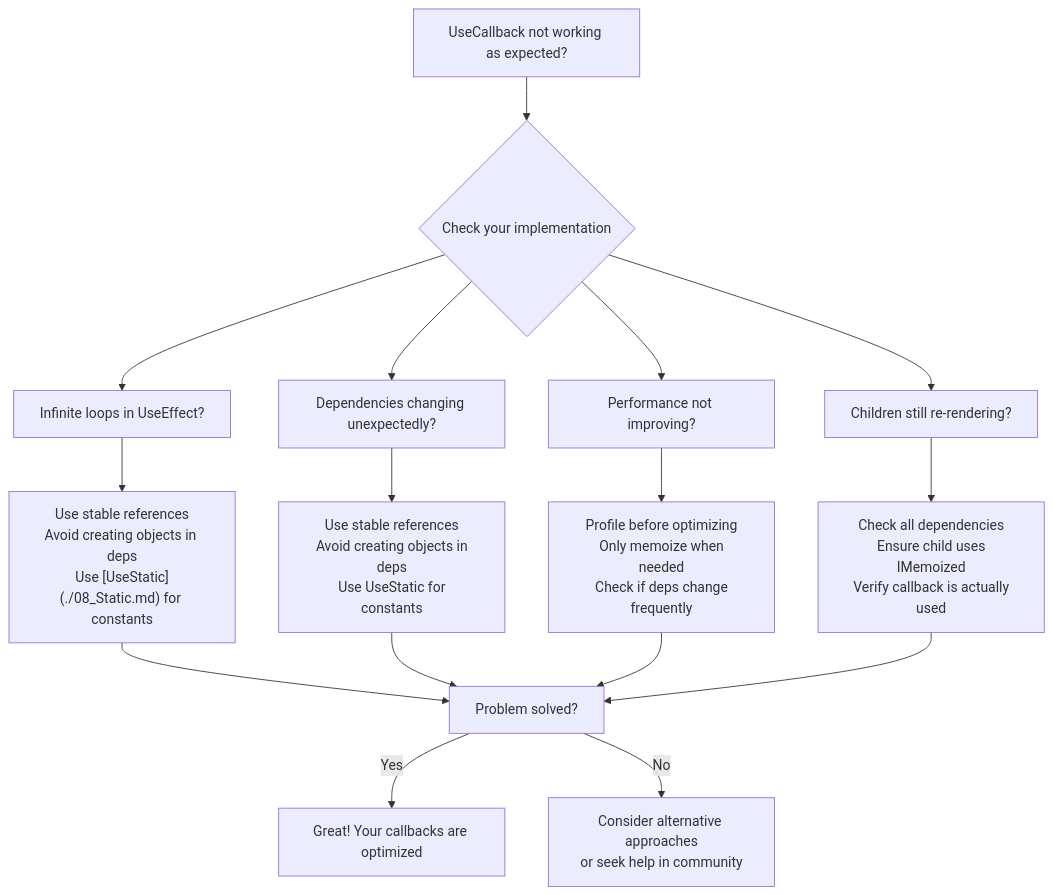
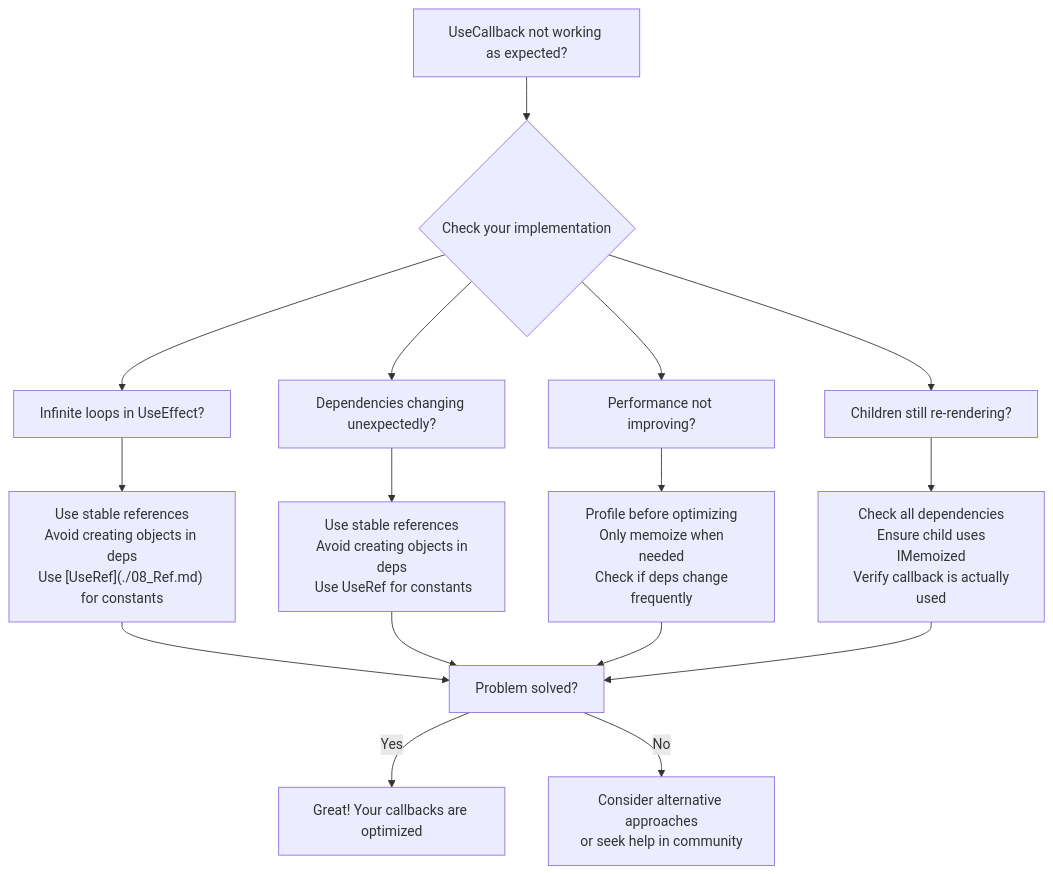
The third of 3 diagrams in Ivy.Docs.Shared/Docs/03_Hooks/Core/06_Callback.md (Ivy-Interactive/Ivy-Framework), drawn with Mermaid before and after one commit. The commit also changed other lines of this file and 5 other files, not shown here.

````diff
--- a/Ivy.Docs.Shared/Docs/03_Hooks/Core/06_Callback.md
+++ b/Ivy.Docs.Shared/Docs/03_Hooks/Core/06_Callback.md
@@ -279,22 +279,22 @@
 ```mermaid
 flowchart TD
     A["UseCallback not working as expected?"] --> B{Check your implementation}
     
     B --> C["Dependencies changing unexpectedly?"]
     B --> D["Performance not improving?"]
-    E --> E1["Use stable references<br/>Avoid creating objects in deps<br/>Use [UseStatic](./08_Static.md) for constants"]
+    E --> E1["Use stable references<br/>Avoid creating objects in deps<br/>Use [UseRef](./08_Ref.md) for constants"]
     B --> E["Infinite loops in UseEffect?"]
     B --> F["Children still re-rendering?"]
     
-    C --> C1["Use stable references<br/> Avoid creating objects in deps<br/> Use UseStatic for constants"]
+    C --> C1["Use stable references<br/> Avoid creating objects in deps<br/> Use UseRef for constants"]
     D --> D1["Profile before optimizing<br/> Only memoize when needed<br/> Check if deps change frequently"]
     E1 --> G["Problem solved?"]
     F --> F1["Check all dependencies<br/> Ensure child uses IMemoized<br/> Verify callback is actually used"]
     
     C1 --> G
     D1 --> G
     F1 --> G
     
     G -->|Yes| H["Great! Your callbacks are optimized"]
     G -->|No| I["Consider alternative approaches<br/>or seek help in community"]
 ```
````
